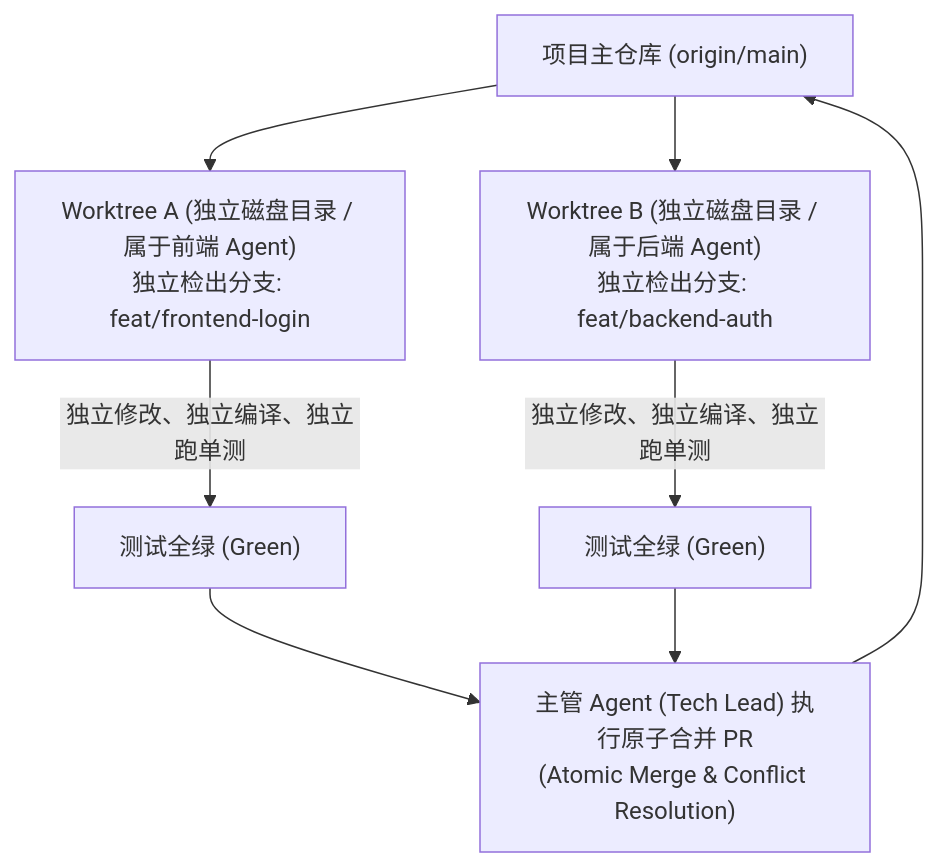
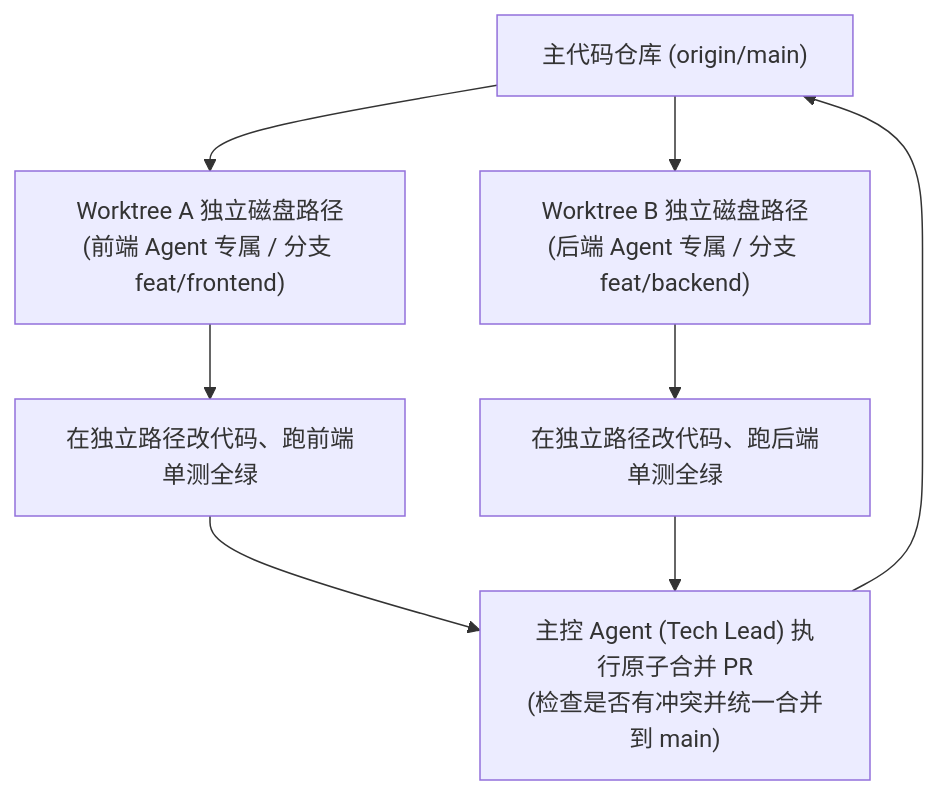
Before and after one commit to ljh12138164/ai-agent-study: the second of 2 diagrams in app/ch10-multi-agent/02-a2a-communication-and-deadlock/page.mdx, drawn with Mermaid. The commit also changed other lines of this file and 43 other files, not shown here.

````diff
--- a/app/ch10-multi-agent/02-a2a-communication-and-deadlock/page.mdx
+++ b/app/ch10-multi-agent/02-a2a-communication-and-deadlock/page.mdx
@@ -60,11 +67,13 @@
 ```mermaid
-graph TD
-    MainRepo["项目主仓库 (origin/main)"] --> Worktree1["Worktree A (独立磁盘目录 / 属于前端 Agent)<br/>独立检出分支: feat/frontend-login"]
-    MainRepo --> Worktree2["Worktree B (独立磁盘目录 / 属于后端 Agent)<br/>独立检出分支: feat/backend-auth"]
+flowchart TD
+    Repo["主代码仓库 (origin/main)"]
     
-    Worktree1 -->|独立修改、独立编译、独立跑单测| Test1["测试全绿 (Green)"]
-    Worktree2 -->|独立修改、独立编译、独立跑单测| Test2["测试全绿 (Green)"]
+    Repo --> WT1["Worktree A 独立磁盘路径<br/>(前端 Agent 专属 / 分支 feat/frontend)"]
+    Repo --> WT2["Worktree B 独立磁盘路径<br/>(后端 Agent 专属 / 分支 feat/backend)"]
     
-    Test1 & Test2 --> Lead["主管 Agent (Tech Lead) 执行原子合并 PR<br/>(Atomic Merge & Conflict Resolution)"]
-    Lead --> MainRepo
+    WT1 --> T1["在独立路径改代码、跑前端单测全绿"]
+    WT2 --> T2["在独立路径改代码、跑后端单测全绿"]
+    
+    T1 & T2 --> Merge["主控 Agent (Tech Lead) 执行原子合并 PR<br/>(检查是否有冲突并统一合并到 main)"]
+    Merge --> Repo
 ```
````
